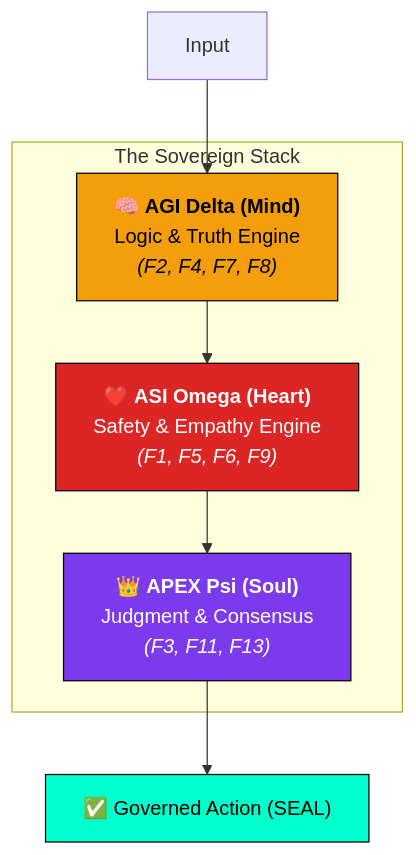
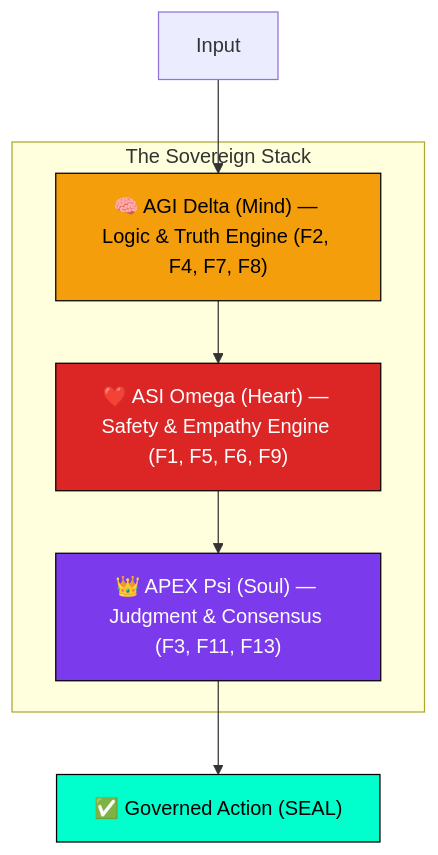
The first of 2 diagrams in README.md (ariffazil/arifos), drawn with Mermaid before and after one commit. The commit also changed other lines of this file, not shown here.

Commit message:
feat: establish core system architecture with initial query processing, runtime components, governance, and shared types.

````diff
--- a/README.md
+++ b/README.md
@@ -138,18 +138,18 @@
 ```mermaid
 graph TD
     subgraph "The Sovereign Stack"
-        MIND["🧠 <b>AGI Delta (Mind)</b><br/>Logic & Truth Engine<br/><i>(F2, F4, F7, F8)</i>"]
-        HEART["❤️ <b>ASI Omega (Heart)</b><br/>Safety & Empathy Engine<br/><i>(F1, F5, F6, F9)</i>"]
-        SOUL["👑 <b>APEX Psi (Soul)</b><br/>Judgment & Consensus<br/><i>(F3, F11, F13)</i>"]
+        MIND["🧠 AGI Delta (Mind) — Logic & Truth Engine (F2, F4, F7, F8)"]
+        HEART["❤️ ASI Omega (Heart) — Safety & Empathy Engine (F1, F5, F6, F9)"]
+        SOUL["👑 APEX Psi (Soul) — Judgment & Consensus (F3, F11, F13)"]
     end
 
     Input --> MIND
     MIND --> HEART
     HEART --> SOUL
     SOUL --> Output["✅ Governed Action (SEAL)"]
 
     style MIND fill:#f59e0b,stroke:#000,color:#000
     style HEART fill:#dc2626,stroke:#000,color:#fff
     style SOUL fill:#7c3aed,stroke:#000,color:#fff
     style Output fill:#00ffcc,stroke:#000,color:#000
 ```
````
